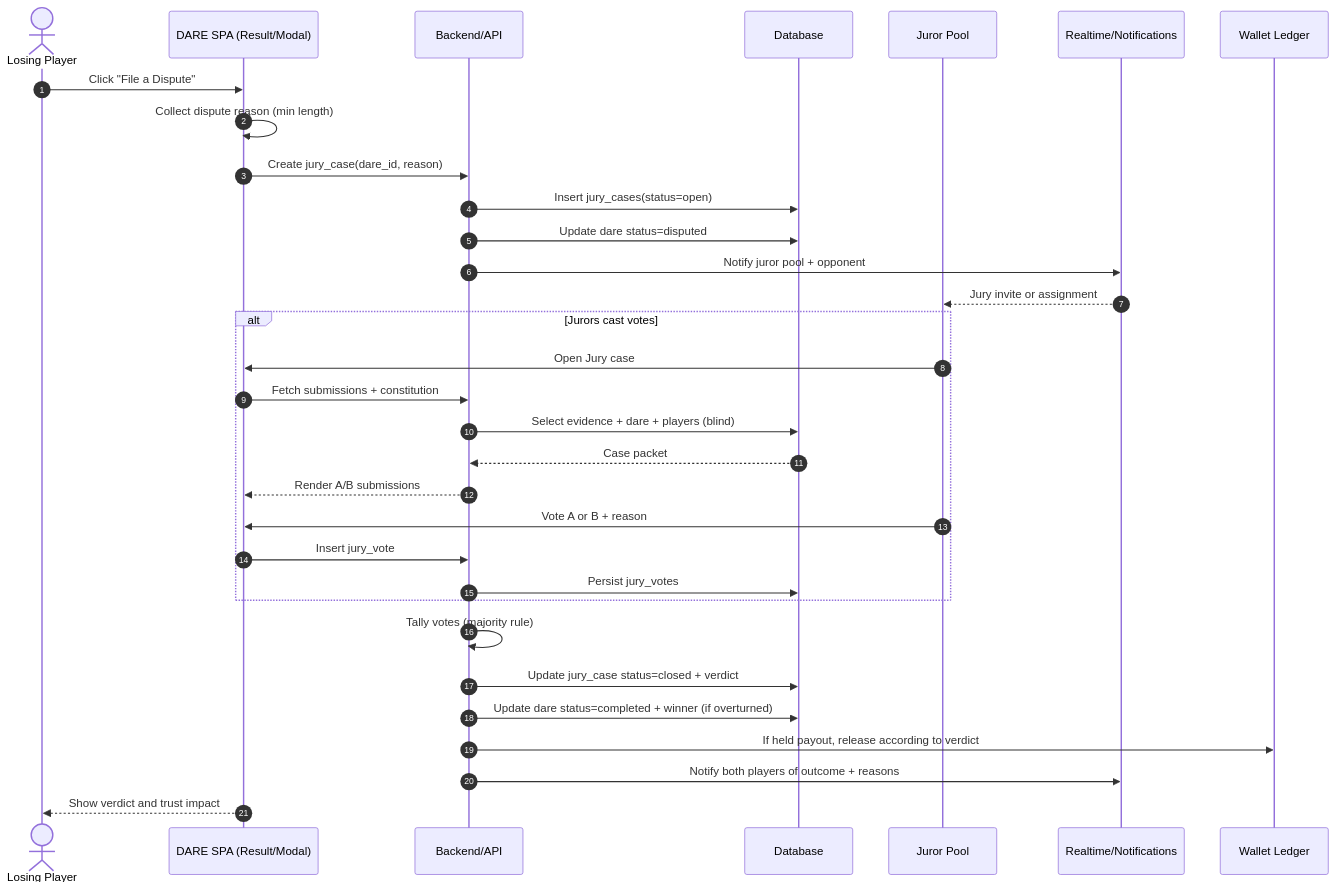
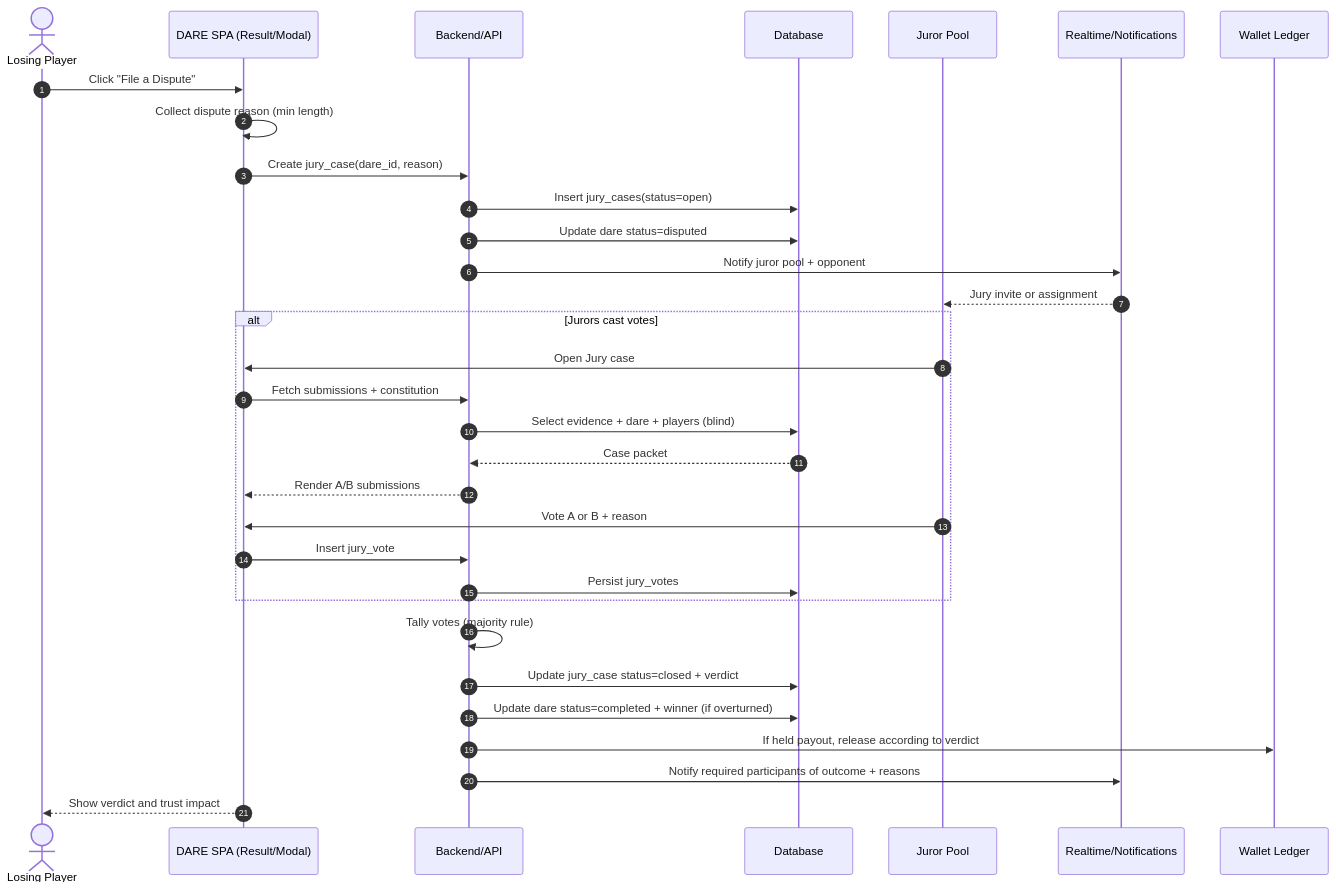
Before and after one commit to dare-mvp/dare: the fourth of 7 diagrams in deep-research-report.md, drawn with Mermaid. The commit also changed other lines of this file and 147 other files, not shown here.

````diff
--- a/deep-research-report.md
+++ b/deep-research-report.md
@@ -248,37 +250,37 @@
 ```mermaid
 sequenceDiagram
   autonumber
   actor L as Losing Player
   participant SPA as DARE SPA (Result/Modal)
   participant API as Backend/API
   participant DB as Database
   participant J as Juror Pool
   participant RT as Realtime/Notifications
   participant WAL as Wallet Ledger
 
   L->>SPA: Click "File a Dispute"
   SPA->>SPA: Collect dispute reason (min length)
   SPA->>API: Create jury_case(dare_id, reason)
   API->>DB: Insert jury_cases(status=open)
   API->>DB: Update dare status=disputed
   API->>RT: Notify juror pool + opponent
   RT-->>J: Jury invite or assignment
 
   alt Jurors cast votes
     J->>SPA: Open Jury case
     SPA->>API: Fetch submissions + constitution
     API->>DB: Select evidence + dare + players (blind)
     DB-->>API: Case packet
     API-->>SPA: Render A/B submissions
     J->>SPA: Vote A or B + reason
     SPA->>API: Insert jury_vote
     API->>DB: Persist jury_votes
   end
 
   API->>API: Tally votes (majority rule)
   API->>DB: Update jury_case status=closed + verdict
   API->>DB: Update dare status=completed + winner (if overturned)
   API->>WAL: If held payout, release according to verdict
-  API->>RT: Notify both players of outcome + reasons
+  API->>RT: Notify required participants of outcome + reasons
   SPA-->>L: Show verdict and trust impact
 ```
````
